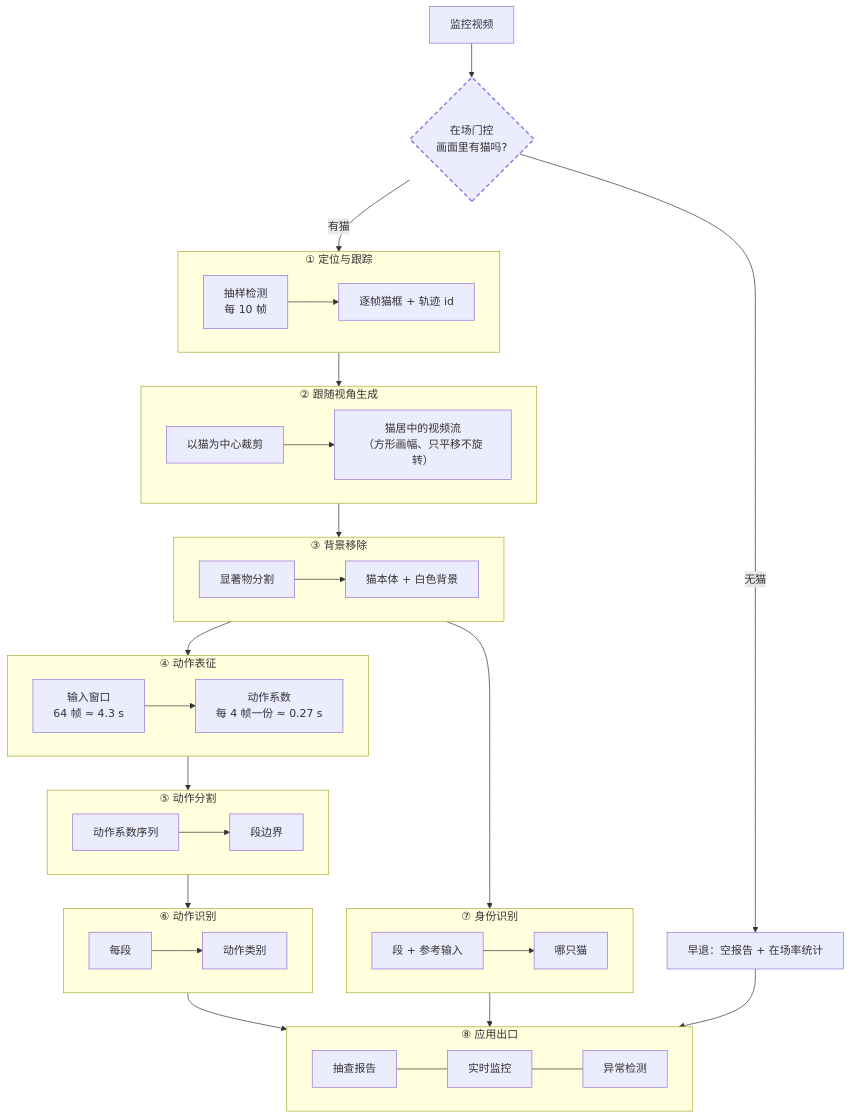
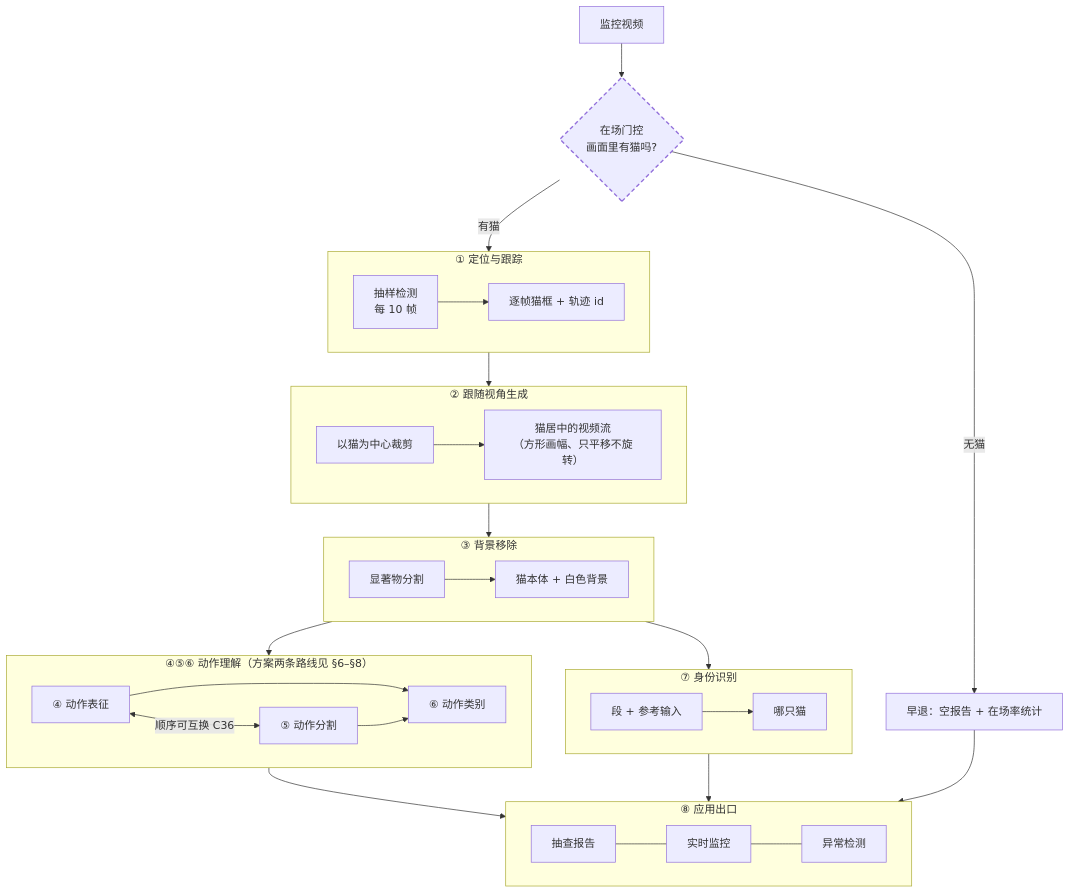
The first of 4 diagrams in management/docs/architecture.md (gongshangzheng/pet-action-recognition), drawn with Mermaid before and after one commit. The commit also changed other lines of this file and 2 other files, not shown here.

First line of the commit message:
docs(architecture): v8 实施完成——④⑤⑥ 动作理解大框 + §6 自研/现成两路线 + C36 登记（tasks 3.1–3.5）

````diff
--- a/management/docs/architecture.md
+++ b/management/docs/architecture.md
@@ -26,58 +26,48 @@
 ```mermaid
 flowchart TD
     V[监控视频] --> GATE{"在场门控<br/>画面里有猫吗?"}
     GATE -->|"无猫"| EMPTY["早退：空报告 + 在场率统计"]
     GATE -->|"有猫"| S1
 
     subgraph S1["① 定位与跟踪"]
         direction LR
         A1["抽样检测<br/>每 10 帧"] --> A2["逐帧猫框 + 轨迹 id"]
     end
 
     subgraph S2["② 跟随视角生成"]
         direction LR
         B1["以猫为中心裁剪"] --> B2["猫居中的视频流<br/>（方形画幅、只平移不旋转）"]
     end
 
     subgraph S3["③ 背景移除"]
         direction LR
         C1["显著物分割"] --> C2["猫本体 + 白色背景"]
     end
 
-    subgraph S4["④ 动作表征"]
+    subgraph S46["④⑤⑥ 动作理解（方案两条路线见 §6–§8）"]
         direction LR
-        D1["输入窗口<br/>64 帧 ≈ 4.3 s"] --> D2["动作系数<br/>每 4 帧一份 ≈ 0.27 s"]
-    end
-
-    subgraph S5["⑤ 动作分割"]
-        direction LR
-        G1["动作系数序列"] --> G2["段边界"]
-    end
-
-    subgraph S6["⑥ 动作识别"]
-        direction LR
-        H1["每段"] --> H2["动作类别"]
+        D1["④ 动作表征"] <-->|"顺序可互换 C36"| D2["⑤ 动作分割"]
+        D1 --> D3["⑥ 动作类别"]
+        D2 --> D3
     end
 
     subgraph S7["⑦ 身份识别"]
         direction LR
         E1["段 + 参考输入"] --> E2["哪只猫"]
     end
 
     subgraph S8["⑧ 应用出口"]
         direction LR
         F1["抽查报告"] --- F2["实时监控"] --- F3["异常检测"]
     end
 
     S1 --> S2
     S2 --> S3
-    S3 --> S4
-    S4 --> S5
-    S5 --> S6
-    S6 --> S8
+    S3 --> S46
+    S46 --> S8
     S3 --> S7
     S7 --> S8
     EMPTY --> S8
 
     style GATE stroke-dasharray: 6 4,stroke-width:2px
 ```
````
